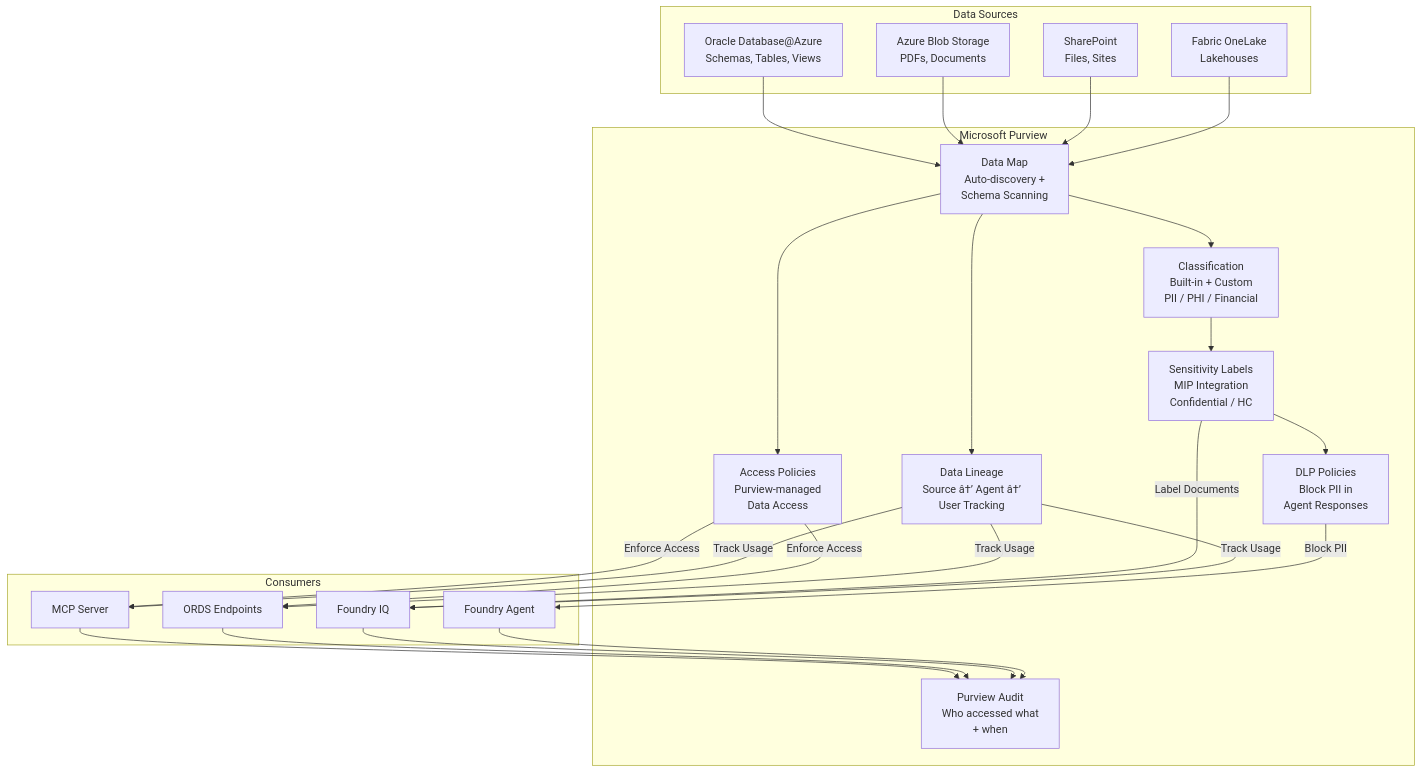
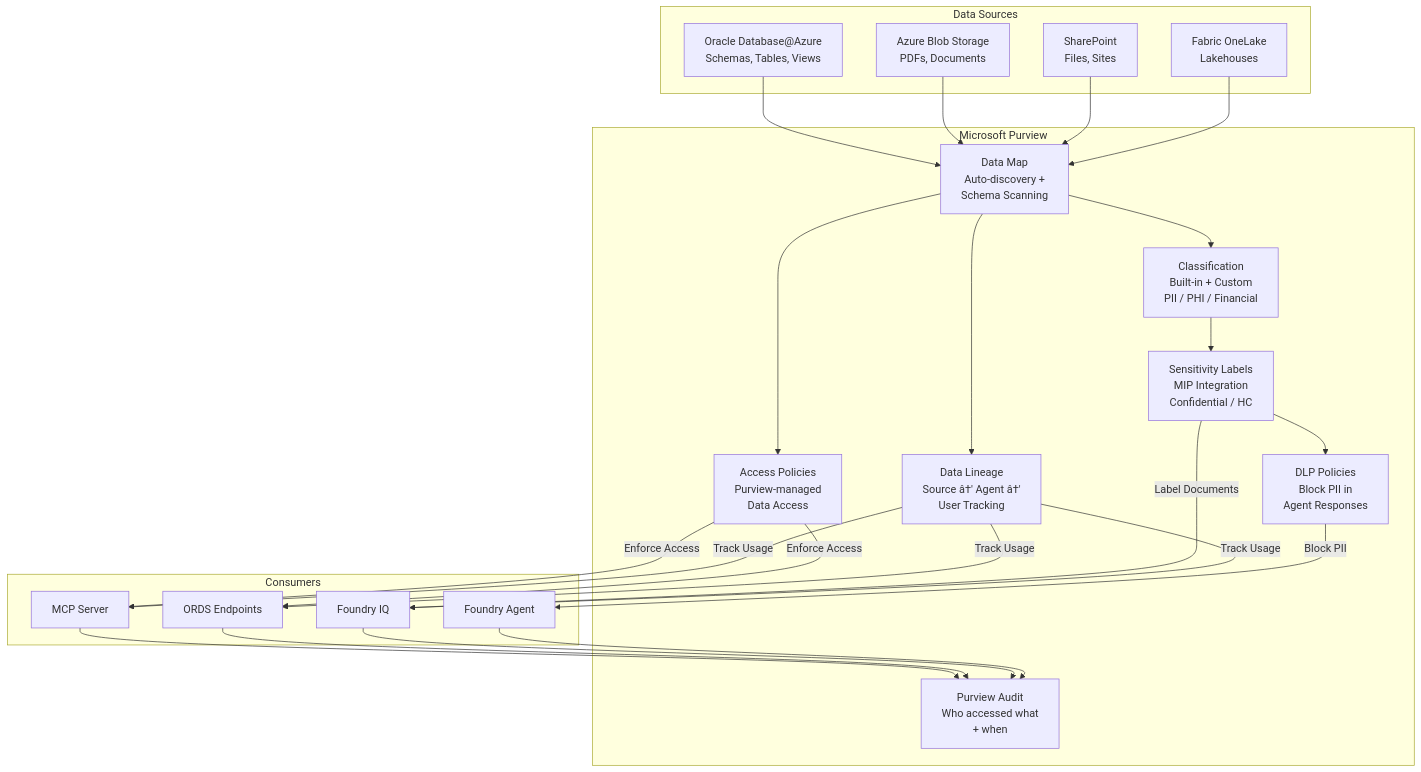
Before and after one commit to ryellajo12/ODAA-AI-Playbook: the seventh of 9 diagrams in docs/04-foundry-agents.md, drawn with Mermaid. The commit also changed other lines of this file and 12 other files, not shown here.

````diff
--- a/docs/04-foundry-agents.md
+++ b/docs/04-foundry-agents.md
@@ -925,49 +925,49 @@
 ```mermaid
 graph TB
     subgraph "Data Sources"
         ODB["Oracle Database@Azure<br/>Schemas, Tables, Views"]
         BLOB["Azure Blob Storage<br/>PDFs, Documents"]
         SP["SharePoint<br/>Files, Sites"]
         FL["Fabric OneLake<br/>Lakehouses"]
     end
 
     subgraph "Microsoft Purview"
         DM["Data Map<br/>Auto-discovery +<br/>Schema Scanning"]
         CL["Classification<br/>Built-in + Custom<br/>PII / PHI / Financial"]
         SL["Sensitivity Labels<br/>MIP Integration<br/>Confidential / HC"]
         DLP["DLP Policies<br/>Block PII in<br/>Agent Responses"]
-        LN["Data Lineage<br/>Source â†’ Agent â†’<br/>User Tracking"]
+        LN["Data Lineage<br/>Source â†' Agent â†'<br/>User Tracking"]
         AP["Access Policies<br/>Purview-managed<br/>Data Access"]
         AR["Purview Audit<br/>Who accessed what<br/>+ when"]
     end
 
     subgraph "Consumers"
         MCP["MCP Server"]
         ORDS["ORDS Endpoints"]
         FIQ["Foundry IQ"]
         FA["Foundry Agent"]
     end
 
     ODB --> DM
     BLOB --> DM
     SP --> DM
     FL --> DM
     DM --> CL
     CL --> SL
     SL --> DLP
     DM --> LN
     DM --> AP
 
     AP -->|"Enforce Access"| MCP
     AP -->|"Enforce Access"| ORDS
     SL -->|"Label Documents"| FIQ
     DLP -->|"Block PII"| FA
     LN -->|"Track Usage"| MCP
     LN -->|"Track Usage"| ORDS
     LN -->|"Track Usage"| FIQ
 
     MCP --> AR
     ORDS --> AR
     FIQ --> AR
     FA --> AR
 ```
````
